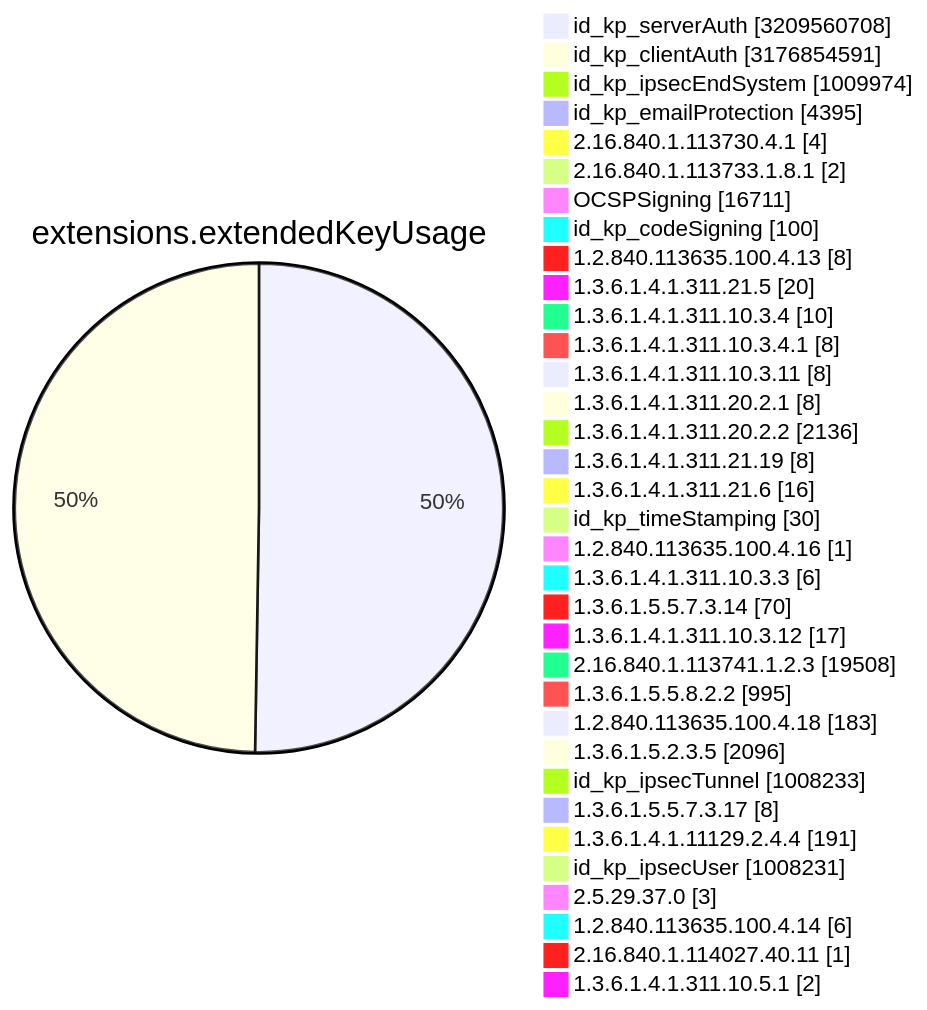
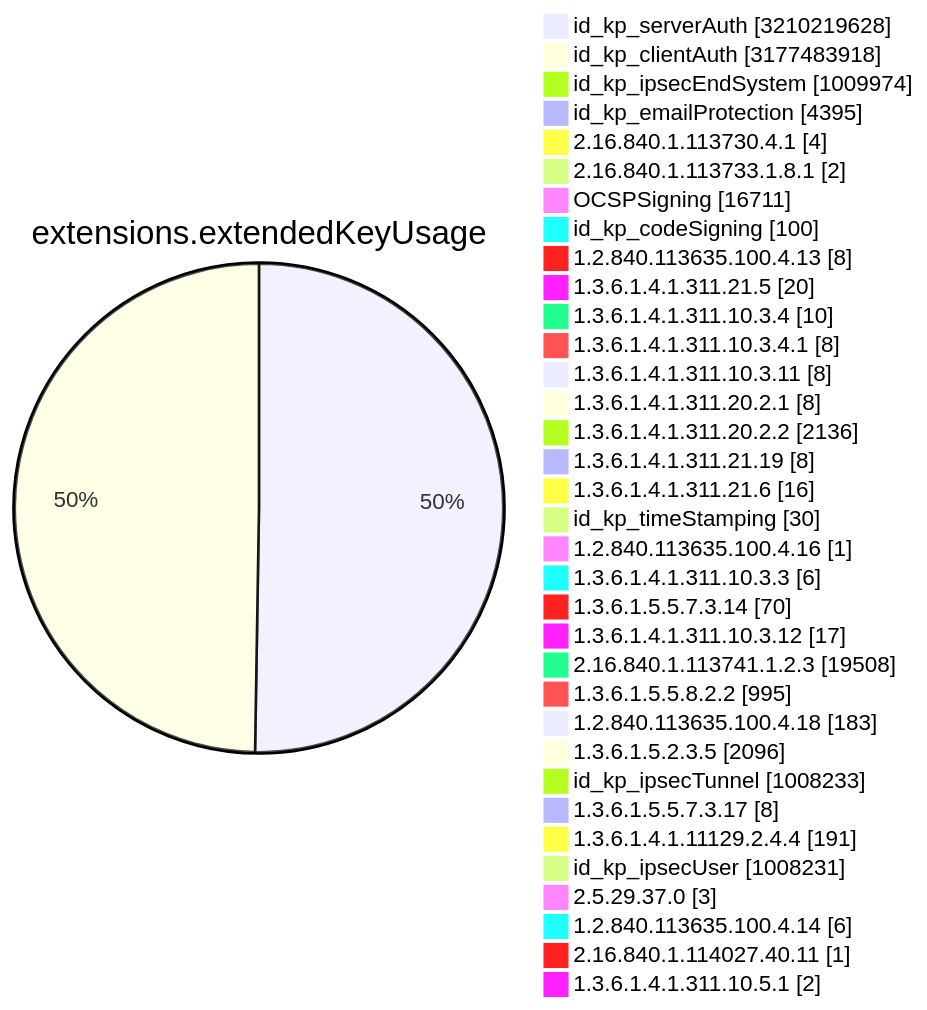
One commit to christiankrug/ctmonitor_visualization changed diagram 11 of 15 in TOTAL/README.md. Above: the diagram before and after it, drawn with Mermaid. The commit also changed other lines of this file, not shown here.

````diff
--- a/TOTAL/README.md
+++ b/TOTAL/README.md
@@ -4119,38 +4119,38 @@
 ```mermaid
 pie showData
 title extensions.extendedKeyUsage
-"id_kp_serverAuth" :3209560708
-"id_kp_clientAuth" :3176854591
+"id_kp_serverAuth" :3210219628
+"id_kp_clientAuth" :3177483918
 "id_kp_ipsecEndSystem" :1009974
 "id_kp_emailProtection" :4395
 "2.16.840.1.113730.4.1" :4
 "2.16.840.1.113733.1.8.1" :2
 "OCSPSigning" :16711
 "id_kp_codeSigning" :100
 "1.2.840.113635.100.4.13" :8
 "1.3.6.1.4.1.311.21.5" :20
 "1.3.6.1.4.1.311.10.3.4" :10
 "1.3.6.1.4.1.311.10.3.4.1" :8
 "1.3.6.1.4.1.311.10.3.11" :8
 "1.3.6.1.4.1.311.20.2.1" :8
 "1.3.6.1.4.1.311.20.2.2" :2136
 "1.3.6.1.4.1.311.21.19" :8
 "1.3.6.1.4.1.311.21.6" :16
 "id_kp_timeStamping" :30
 "1.2.840.113635.100.4.16" :1
 "1.3.6.1.4.1.311.10.3.3" :6
 "1.3.6.1.5.5.7.3.14" :70
 "1.3.6.1.4.1.311.10.3.12" :17
 "2.16.840.1.113741.1.2.3" :19508
 "1.3.6.1.5.5.8.2.2" :995
 "1.2.840.113635.100.4.18" :183
 "1.3.6.1.5.2.3.5" :2096
 "id_kp_ipsecTunnel" :1008233
 "1.3.6.1.5.5.7.3.17" :8
 "1.3.6.1.4.1.11129.2.4.4" :191
 "id_kp_ipsecUser" :1008231
 "2.5.29.37.0" :3
 "1.2.840.113635.100.4.14" :6
 "2.16.840.1.114027.40.11" :1
 "1.3.6.1.4.1.311.10.5.1" :2
 ```
````
